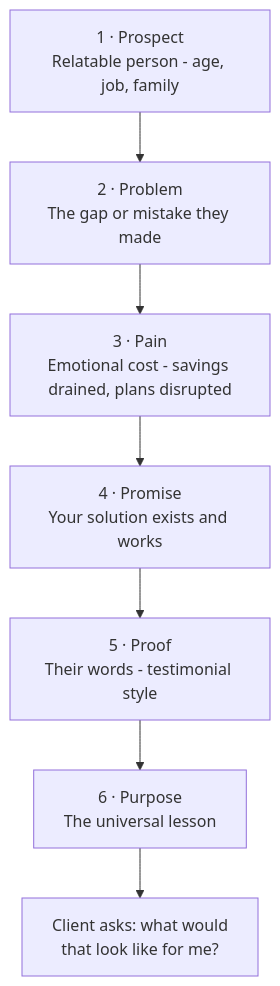
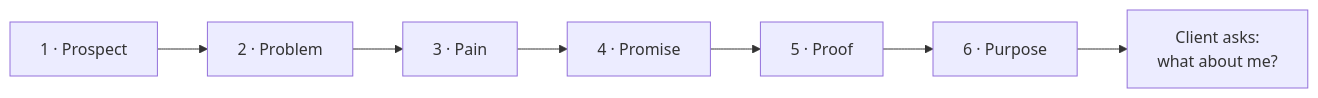
One commit to leotansingapore/aia-product-compass-hub changed the diagram in docs/first-60-days/week-8/day-45.md. Above: the diagram before and after it, drawn with Mermaid. The commit also changed 6 other files, not shown here.

Commit message:
Day 25, 37, 39, 44, 45, 50, 55 charts now flow horizontally with trimmed labels — taller TD chains and over-decorated nodes simplified

````diff
--- a/docs/first-60-days/week-8/day-45.md
+++ b/docs/first-60-days/week-8/day-45.md
@@ -105,11 +105,4 @@
 ```mermaid
-flowchart TD
-    P1["1 · Prospect<br/>Relatable person - age, job, family"]
-    P2["2 · Problem<br/>The gap or mistake they made"]
-    P3["3 · Pain<br/>Emotional cost - savings drained, plans disrupted"]
-    P4["4 · Promise<br/>Your solution exists and works"]
-    P5["5 · Proof<br/>Their words - testimonial style"]
-    P6["6 · Purpose<br/>The universal lesson"]
-    P1 --> P2 --> P3 --> P4 --> P5 --> P6
-    P6 --> CTA["Client asks: what would<br/>that look like for me?"]
+flowchart LR
+    P1["1 · Prospect"] --> P2["2 · Problem"] --> P3["3 · Pain"] --> P4["4 · Promise"] --> P5["5 · Proof"] --> P6["6 · Purpose"] --> CTA["Client asks:<br/>what about me?"]
 ```
````
